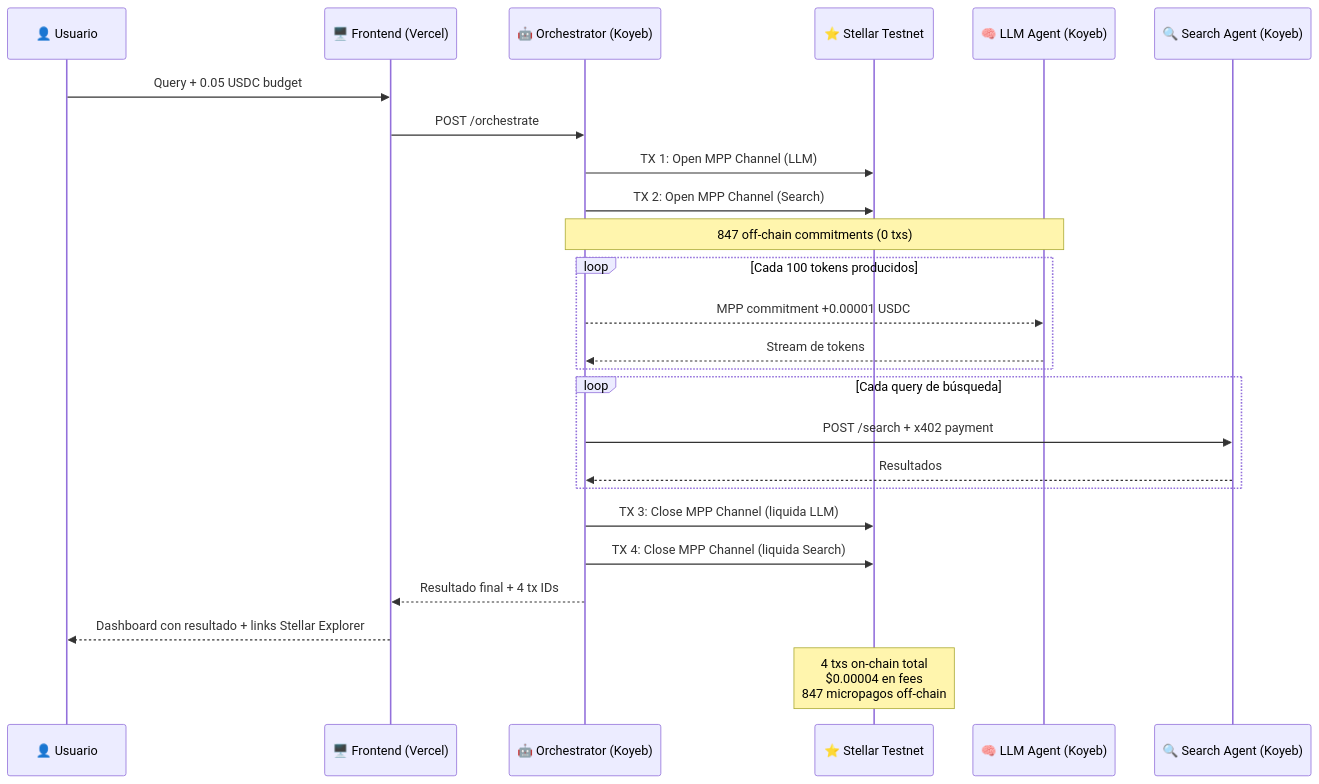
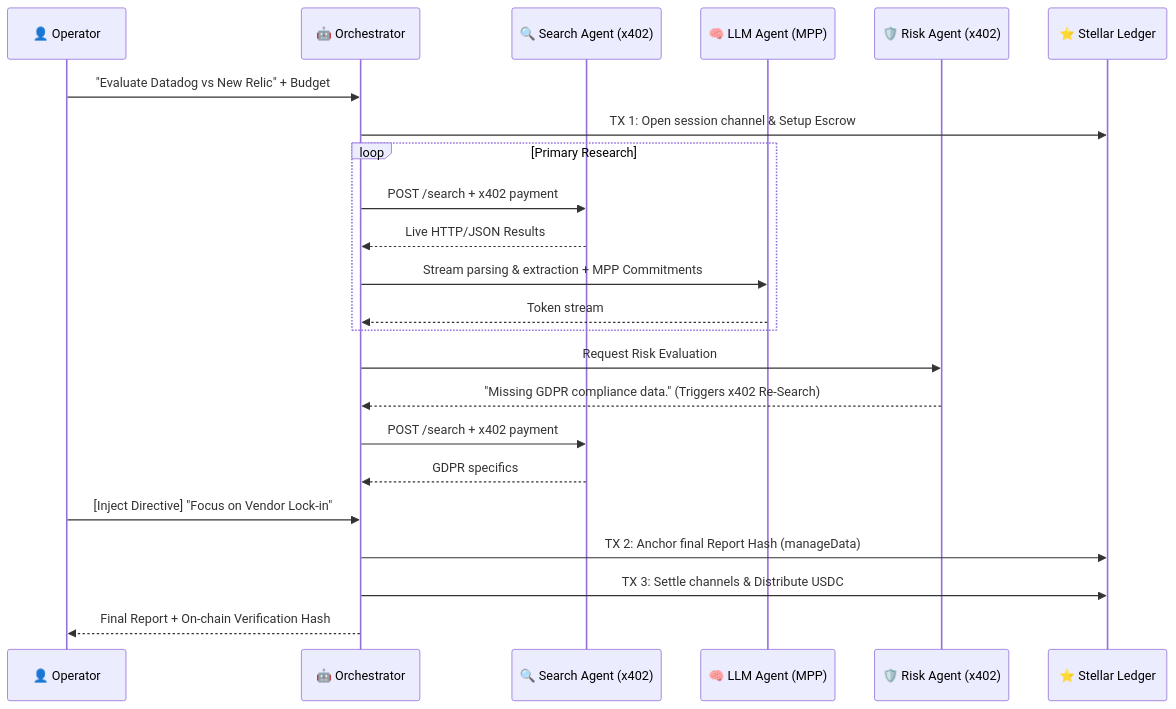
One commit to Handilusa/Ferrule changed the diagram in README.md. Above: the diagram before and after it, drawn with Mermaid. The commit also changed other lines of this file and 12 other files, not shown here.

````diff
--- a/README.md
+++ b/README.md
@@ -11,34 +27,34 @@
 ```mermaid
 sequenceDiagram
-    participant U as 👤 Usuario
-    participant F as 🖥️ Frontend (Vercel)
-    participant O as 🤖 Orchestrator (Koyeb)
-    participant S as ⭐ Stellar Testnet
-    participant LLM as 🧠 LLM Agent (Koyeb)
-    participant SR as 🔍 Search Agent (Koyeb)
+    participant U as 👤 Operator
+    participant O as 🤖 Orchestrator
+    participant SR as 🔍 Search Agent (x402)
+    participant LLM as 🧠 LLM Agent (MPP)
+    participant RA as 🛡️ Risk Agent (x402)
+    participant S as ⭐ Stellar Ledger
 
-    U->>F: Query + 0.05 USDC budget
-    F->>O: POST /orchestrate
+    U->>O: "Evaluate Datadog vs New Relic" + Budget
     
-    O->>S: TX 1: Open MPP Channel (LLM)
-    O->>S: TX 2: Open MPP Channel (Search)
+    O->>S: TX 1: Open session channel & Setup Escrow
     
-    Note over O,LLM: 847 off-chain commitments (0 txs)
-    loop Cada 100 tokens producidos
-        O-->>LLM: MPP commitment +0.00001 USDC
-        LLM-->>O: Stream de tokens
+    loop Primary Research
+        O->>SR: POST /search + x402 payment
+        SR-->>O: Live HTTP/JSON Results
+        
+        O->>LLM: Stream parsing & extraction + MPP Commitments
+        LLM-->>O: Token stream
     end
     
-    loop Cada query de búsqueda
-        O->>SR: POST /search + x402 payment
-        SR-->>O: Resultados
-    end
+    O->>RA: Request Risk Evaluation
+    RA-->>O: "Missing GDPR compliance data." (Triggers x402 Re-Search)
     
-    O->>S: TX 3: Close MPP Channel (liquida LLM)
-    O->>S: TX 4: Close MPP Channel (liquida Search)
+    O->>SR: POST /search + x402 payment
+    SR-->>O: GDPR specifics
     
-    O-->>F: Resultado final + 4 tx IDs
-    F-->>U: Dashboard con resultado + links Stellar Explorer
+    U->>O: [Inject Directive] "Focus on Vendor Lock-in"
     
-    Note over S: 4 txs on-chain total<br/>$0.00004 en fees<br/>847 micropagos off-chain
+    O->>S: TX 2: Anchor final Report Hash (manageData)
+    O->>S: TX 3: Settle channels & Distribute USDC
+    
+    O-->>U: Final Report + On-chain Verification Hash
 ```
````
